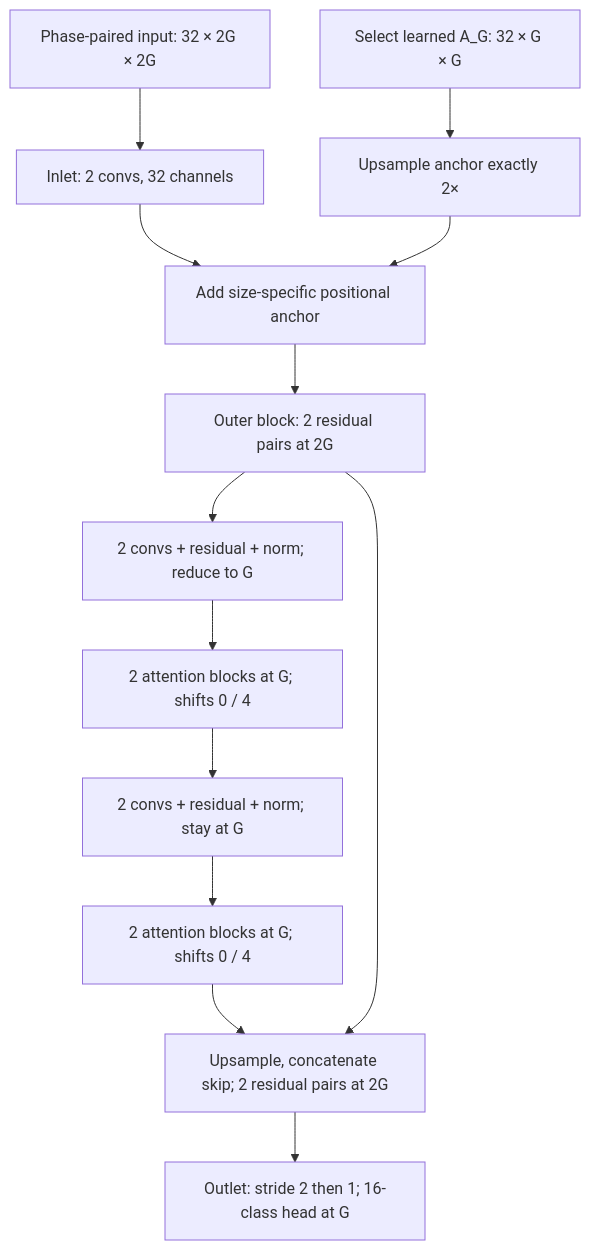
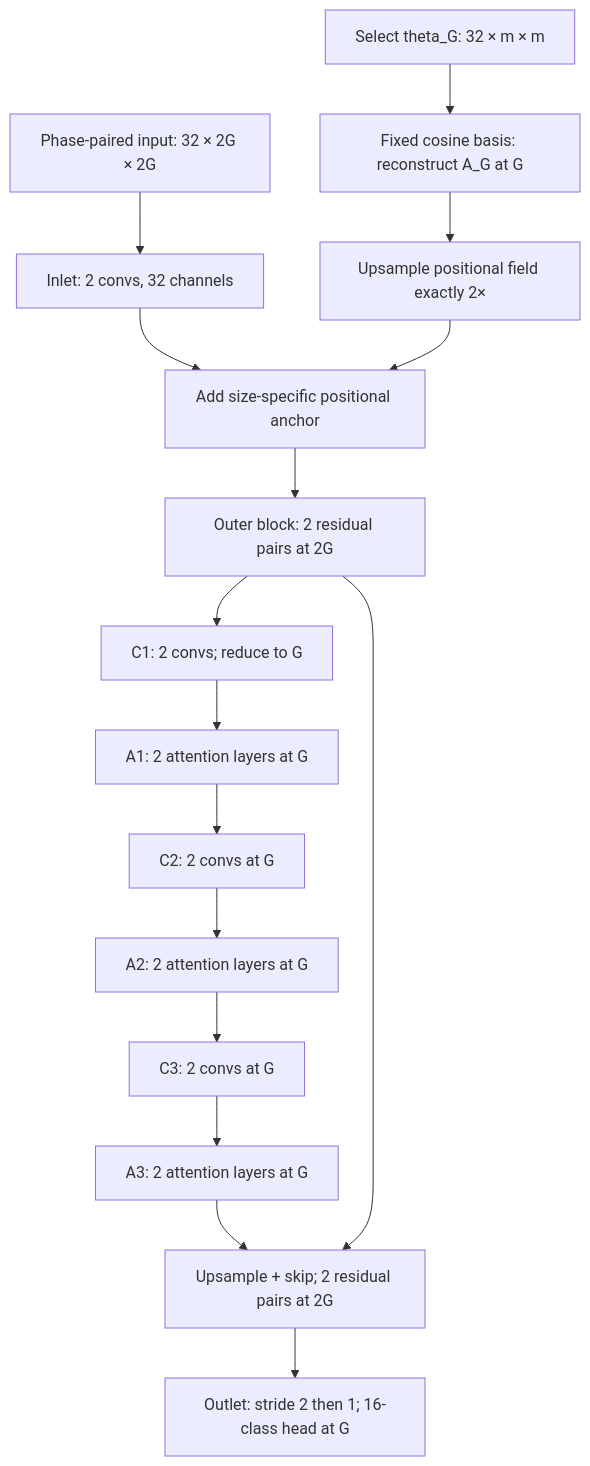
Before and after one commit to magnux/neural_cryptography: the fourth of 4 diagrams in docs/NEURAL_CORRECTOR.md, drawn with Mermaid. The commit also changed other lines of this file and 16 other files, not shown here.

````diff
--- a/docs/NEURAL_CORRECTOR.md
+++ b/docs/NEURAL_CORRECTOR.md
@@ -460,15 +474,18 @@
 ```mermaid
 flowchart TD
     X["Phase-paired input: 32 × 2G × 2G"] --> I["Inlet: 2 convs, 32 channels"]
-    A["Select learned A_G: 32 × G × G"] --> P["Upsample anchor exactly 2×"]
+    Q["Select theta_G: 32 × m × m"] --> A["Fixed cosine basis: reconstruct A_G at G"]
+    A --> P["Upsample positional field exactly 2×"]
     I --> ADD["Add size-specific positional anchor"]
     P --> ADD
     ADD --> E["Outer block: 2 residual pairs at 2G"]
-    E --> C1["2 convs + residual + norm; reduce to G"]
-    C1 --> T1["2 attention blocks at G; shifts 0 / 4"]
-    T1 --> C2["2 convs + residual + norm; stay at G"]
-    C2 --> T2["2 attention blocks at G; shifts 0 / 4"]
-    T2 --> D["Upsample, concatenate skip; 2 residual pairs at 2G"]
+    E --> C1["C1: 2 convs; reduce to G"]
+    C1 --> T1["A1: 2 attention layers at G"]
+    T1 --> C2["C2: 2 convs at G"]
+    C2 --> T2["A2: 2 attention layers at G"]
+    T2 --> C3["C3: 2 convs at G"]
+    C3 --> T3["A3: 2 attention layers at G"]
+    T3 --> D["Upsample + skip; 2 residual pairs at 2G"]
     E --> D
     D --> O["Outlet: stride 2 then 1; 16-class head at G"]
 ```
````
